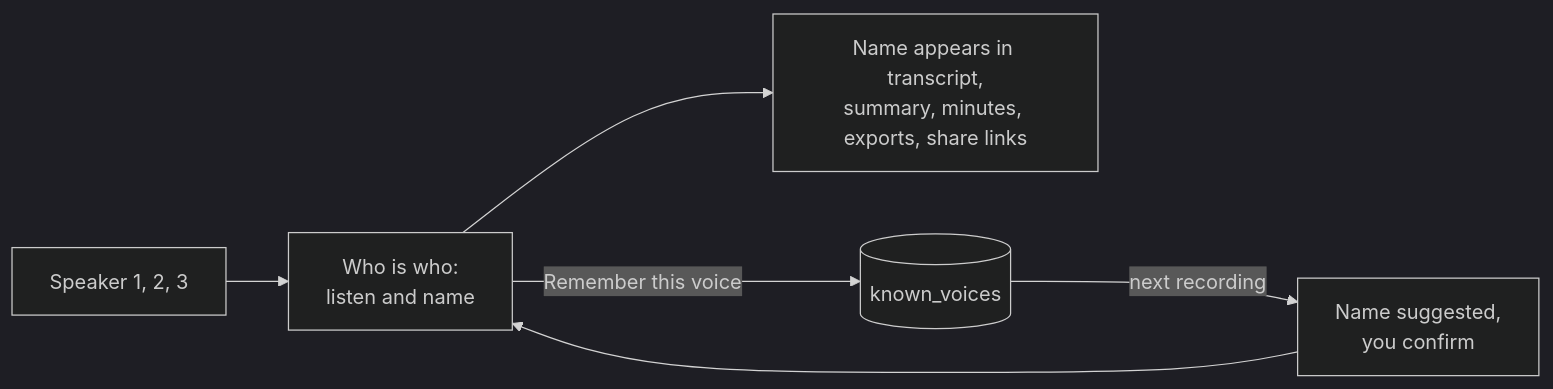
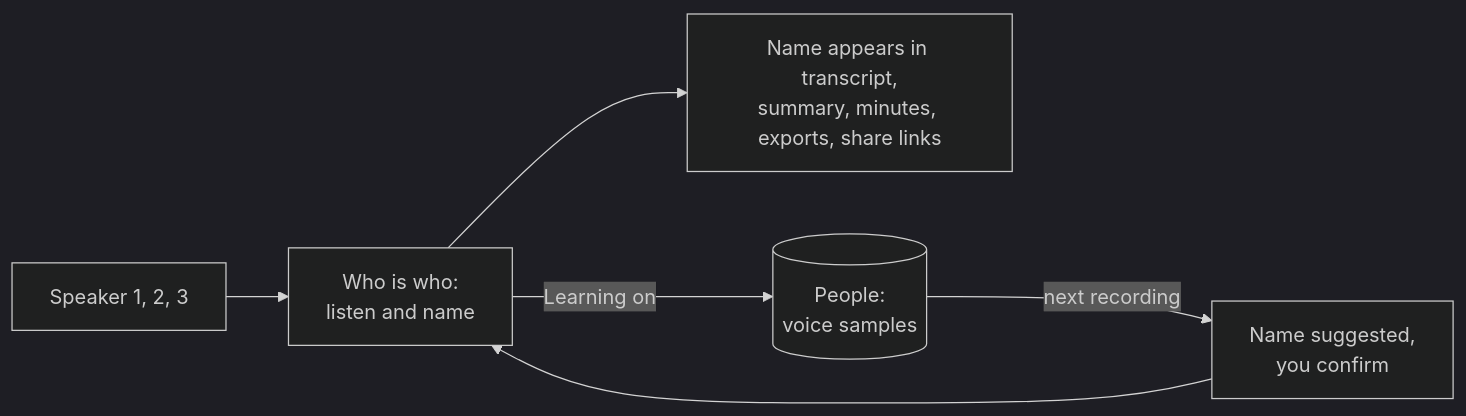
One commit to dennisklappe/openminutes changed the diagram in docs/voices.md. Above: the diagram before and after it, drawn with Mermaid (dark theme). The commit also changed other lines of this file and 81 other files, not shown here.

Commit message:
feat: People tab with voice profiles and speaker suggestions (#14)

````diff
--- a/docs/voices.md
+++ b/docs/voices.md
@@ -5,8 +5,8 @@
 ```mermaid
 flowchart LR
     A["Speaker 1, 2, 3"] --> B["Who is who:<br/>listen and name"]
     B --> C["Name appears in transcript,<br/>summary, minutes, exports, share links"]
-    B -->|"Remember this voice"| D[("known_voices")]
+    B -->|"Learning on"| D[("People:<br/>voice samples")]
     D -->|"next recording"| E["Name suggested,<br/>you confirm"]
     E --> B
 ```
````
